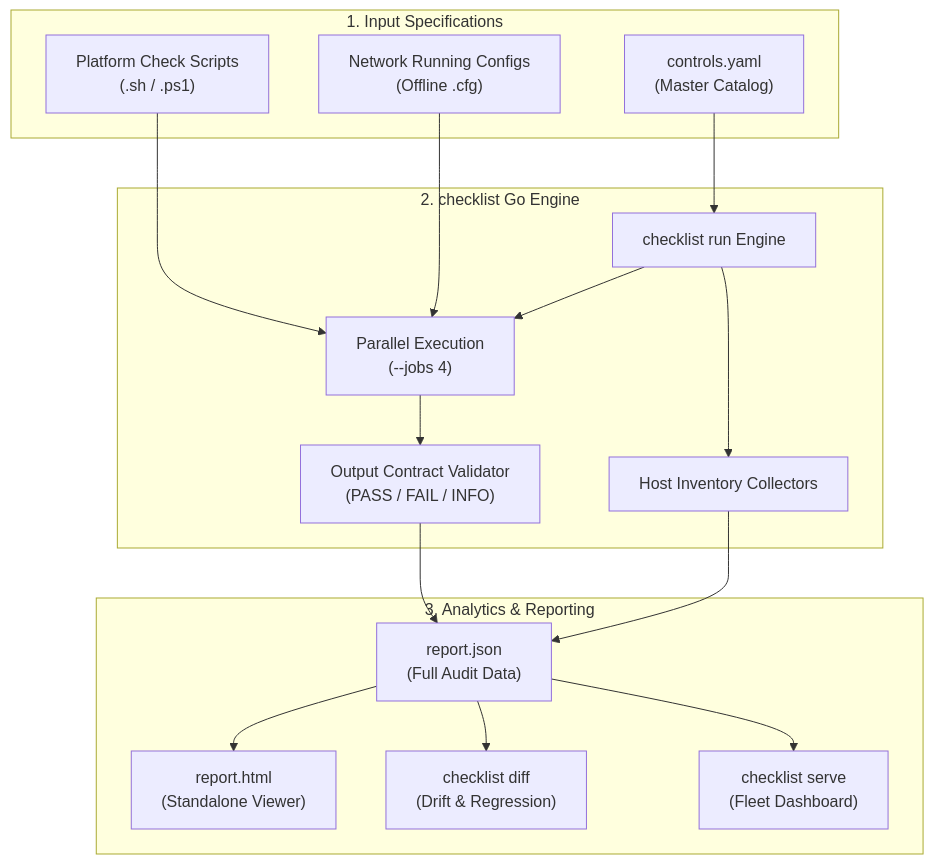
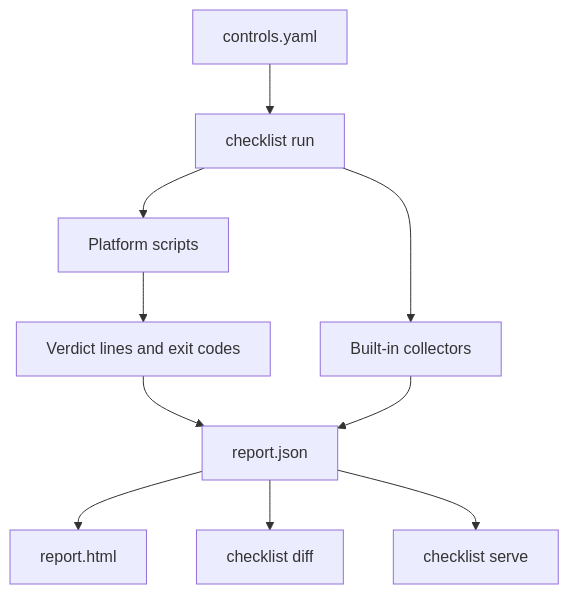
The diagram in README.md (Khanh1916/secbaseline), drawn with Mermaid before and after one commit. The commit also changed other lines of this file and 7 other files, not shown here.

````diff
--- a/README.md
+++ b/README.md
@@ -146,34 +107,12 @@
 ```mermaid
 flowchart TD
-    subgraph Inputs ["1. Input Specifications"]
-        CAT["controls.yaml<br/>(Master Catalog)"]
-        SCRIPTS["Platform Check Scripts<br/>(.sh / .ps1)"]
-        NCFG["Network Running Configs<br/>(Offline .cfg)"]
-    end
-
-    subgraph Engine ["2. checklist Go Engine"]
-        RUN["checklist run Engine"]
-        COL["Host Inventory Collectors"]
-        PAR["Parallel Execution<br/>(--jobs 4)"]
-        VER["Output Contract Validator<br/>(PASS / FAIL / INFO)"]
-    end
-
-    subgraph Outputs ["3. Analytics & Reporting"]
-        JSON["report.json<br/>(Full Audit Data)"]
-        HTML["report.html<br/>(Standalone Viewer)"]
-        DIFF["checklist diff<br/>(Drift & Regression)"]
-        SRV["checklist serve<br/>(Fleet Dashboard)"]
-    end
-
-    CAT --> RUN
-    SCRIPTS --> PAR
-    NCFG --> PAR
-    RUN --> PAR
-    RUN --> COL
-    PAR --> VER
-    VER --> JSON
-    COL --> JSON
-    JSON --> HTML
-    JSON --> DIFF
-    JSON --> SRV
+    catalog["controls.yaml"] --> run["checklist run"]
+    run --> scripts["Platform scripts"]
+    run --> collectors["Built-in collectors"]
+    scripts --> verdicts["Verdict lines and exit codes"]
+    verdicts --> json["report.json"]
+    collectors --> json
+    json --> html["report.html"]
+    json --> diff["checklist diff"]
+    json --> serve["checklist serve"]
 ```
````
